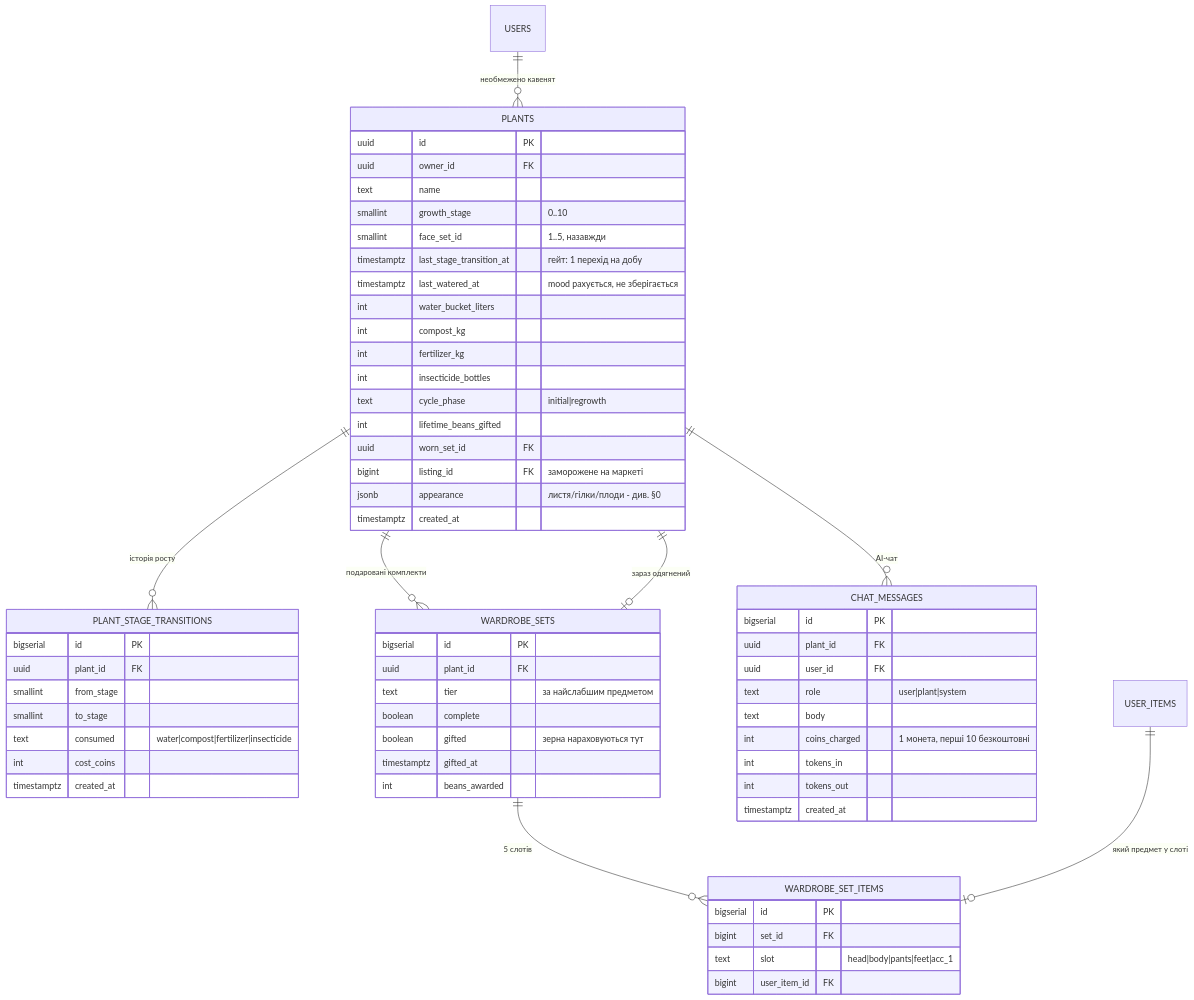
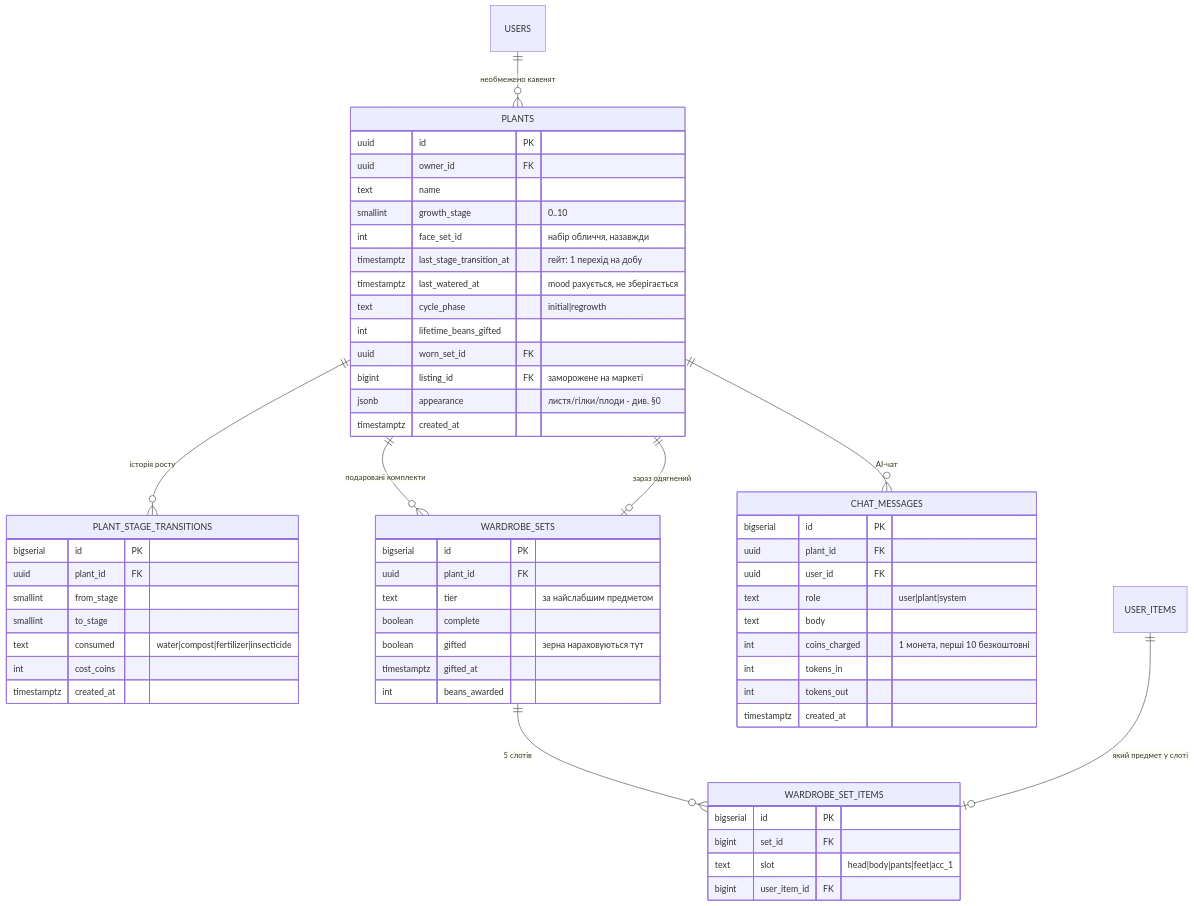
Before and after one commit to arsengoian/extrovert.cafe: the third of 4 diagrams in docs/db-schema.md, drawn with Mermaid. The commit also changed other lines of this file and 2 other files, not shown here.

````diff
--- a/docs/db-schema.md
+++ b/docs/db-schema.md
@@ -469,65 +477,61 @@
 ```mermaid
 erDiagram
     USERS ||--o{ PLANTS : "необмежено кавенят"
     PLANTS ||--o{ PLANT_STAGE_TRANSITIONS : "історія росту"
     PLANTS ||--o{ WARDROBE_SETS : "подаровані комплекти"
     PLANTS ||--o{ CHAT_MESSAGES : "AI-чат"
     WARDROBE_SETS ||--o{ WARDROBE_SET_ITEMS : "5 слотів"
     USER_ITEMS ||--o| WARDROBE_SET_ITEMS : "який предмет у слоті"
     PLANTS ||--o| WARDROBE_SETS : "зараз одягнений"
 
     PLANTS {
         uuid id PK
         uuid owner_id FK
         text name
         smallint growth_stage "0..10"
-        smallint face_set_id "1..5, назавжди"
+        int face_set_id "набір обличчя, назавжди"
         timestamptz last_stage_transition_at "гейт: 1 перехід на добу"
         timestamptz last_watered_at "mood рахується, не зберігається"
-        int water_bucket_liters
-        int compost_kg
-        int fertilizer_kg
-        int insecticide_bottles
         text cycle_phase "initial|regrowth"
         int lifetime_beans_gifted
         uuid worn_set_id FK
         bigint listing_id FK "заморожене на маркеті"
         jsonb appearance "листя/гілки/плоди - див. §0"
         timestamptz created_at
     }
     PLANT_STAGE_TRANSITIONS {
         bigserial id PK
         uuid plant_id FK
         smallint from_stage
         smallint to_stage
         text consumed "water|compost|fertilizer|insecticide"
         int cost_coins
         timestamptz created_at
     }
     WARDROBE_SETS {
         bigserial id PK
         uuid plant_id FK
         text tier "за найслабшим предметом"
         boolean complete
         boolean gifted "зерна нараховуються тут"
         timestamptz gifted_at
         int beans_awarded
     }
     WARDROBE_SET_ITEMS {
         bigserial id PK
         bigint set_id FK
         text slot "head|body|pants|feet|acc_1"
         bigint user_item_id FK
     }
     CHAT_MESSAGES {
         bigserial id PK
         uuid plant_id FK
         uuid user_id FK
         text role "user|plant|system"
         text body
         int coins_charged "1 монета, перші 10 безкоштовні"
         int tokens_in
         int tokens_out
         timestamptz created_at
     }
 ```
````
